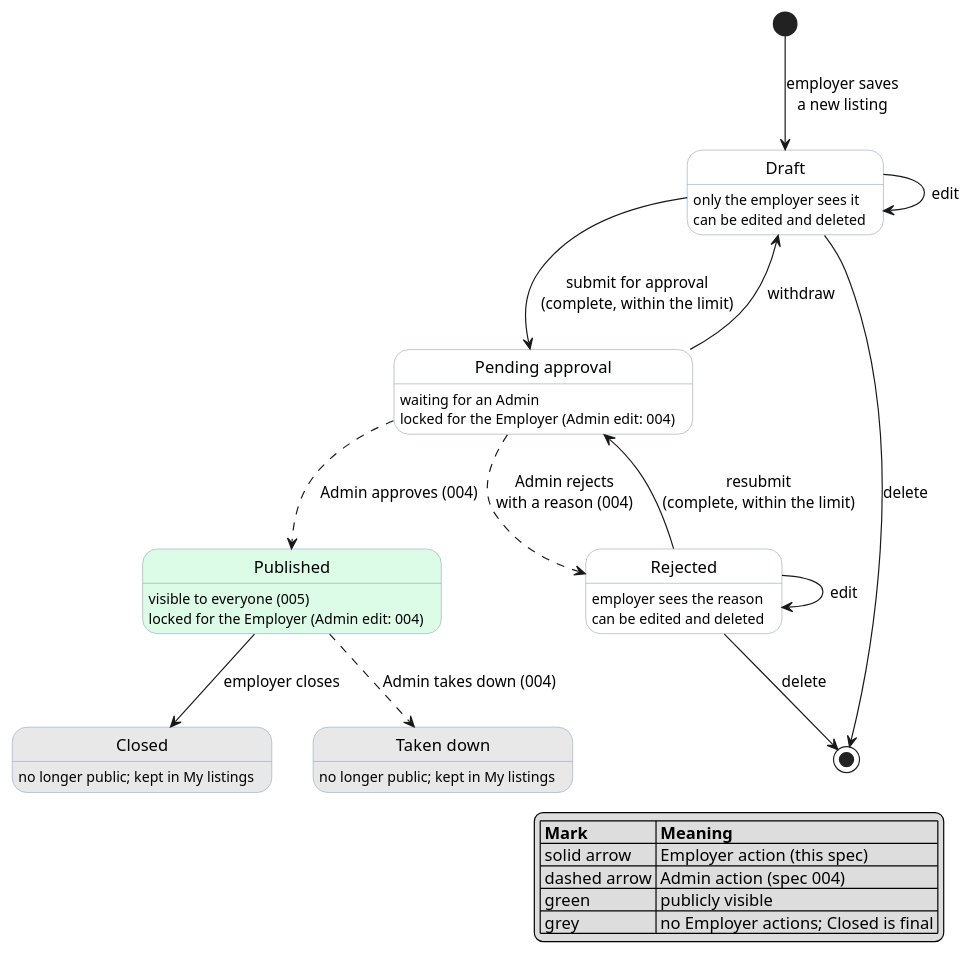
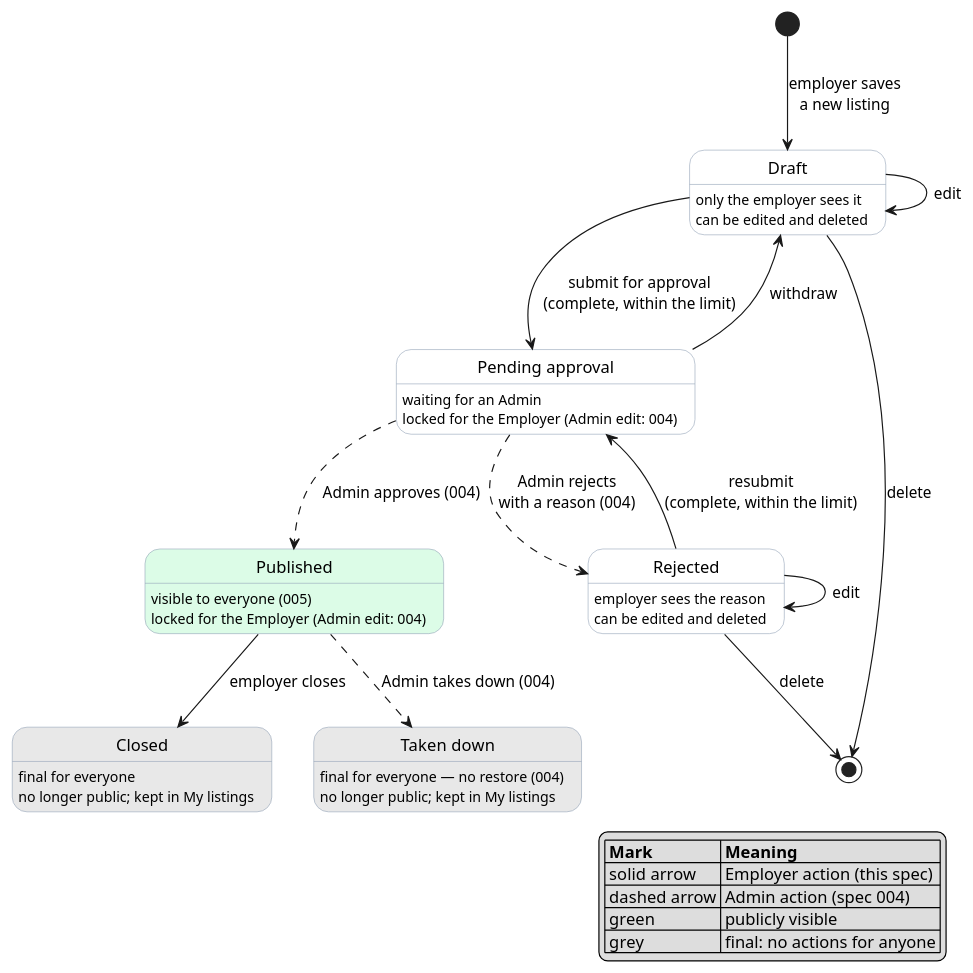
The diagram in docs/specs/003-listings-employer-posting/diagrams/state-listing.puml (raseniero/jairojobs-elixir), drawn with PlantUML before and after one commit. The commit also changed 12 other files, not shown here.

Commit message:
docs(spec 003): diagrams draw what the requirements already said; Closed and Taken down are final for everyone

```diff
--- a/docs/specs/003-listings-employer-posting/diagrams/state-listing.puml
+++ b/docs/specs/003-listings-employer-posting/diagrams/state-listing.puml
@@ -1,55 +1,57 @@
 @startuml state-listing
 ' Spec 003 — listing lifecycle. Must agree with REQ-003-5..11 here and with spec 004.
 ' Solid arrows: Employer actions, specified in spec 003.
 ' Dashed arrows: Admin actions, specified in spec 004 (drawn here so the picture is whole).
 
 hide empty description
 skinparam state {
   BackgroundColor white
   BackgroundColor<<public>> #dcfce7
   BackgroundColor<<done>> #E8E8E8
   BorderColor #94a3b8
 }
 
 state "Draft" as Draft
 state "Pending approval" as Pending
 state "Published" as Published <<public>>
 state "Rejected" as Rejected
 state "Closed" as Closed <<done>>
 state "Taken down" as TakenDown <<done>>
 
 [*] --> Draft : employer saves\na new listing
 Draft : only the employer sees it
 Draft : can be edited and deleted
 Draft --> Draft : edit
 Draft --> Pending : submit for approval\n(complete, within the limit)
 Draft --> [*] : delete
 
 Pending : waiting for an Admin
 Pending : locked for the Employer (Admin edit: 004)
 Pending --> Draft : withdraw
 Pending -[dashed]-> Published : Admin approves (004)
 Pending -[dashed]-> Rejected : Admin rejects\nwith a reason (004)
 
 Rejected : employer sees the reason
 Rejected : can be edited and deleted
 Rejected --> Rejected : edit
 Rejected --> Pending : resubmit\n(complete, within the limit)
 Rejected --> [*] : delete
 
 Published : visible to everyone (005)
 Published : locked for the Employer (Admin edit: 004)
 Published --> Closed : employer closes
 Published -[dashed]-> TakenDown : Admin takes down (004)
 
+Closed : final for everyone
 Closed : no longer public; kept in My listings
+TakenDown : final for everyone — no restore (004)
 TakenDown : no longer public; kept in My listings
 
 legend right
   |= Mark |= Meaning |
   | solid arrow | Employer action (this spec) |
   | dashed arrow | Admin action (spec 004) |
   | green | publicly visible |
-  | grey | no Employer actions; Closed is final |
+  | grey | final: no actions for anyone |
 endlegend
 @enduml
```
